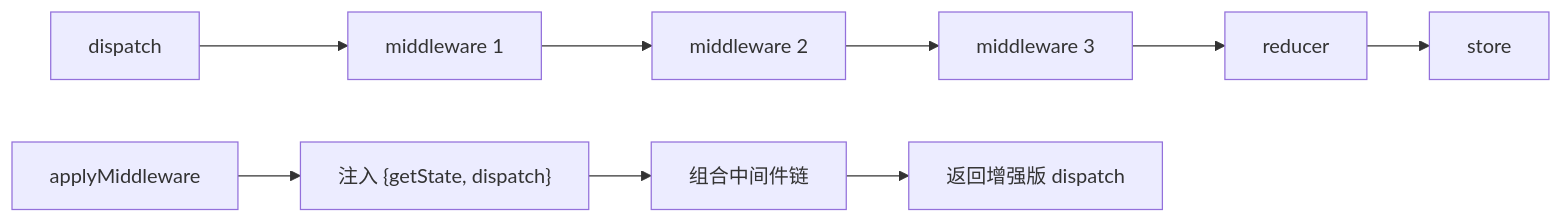
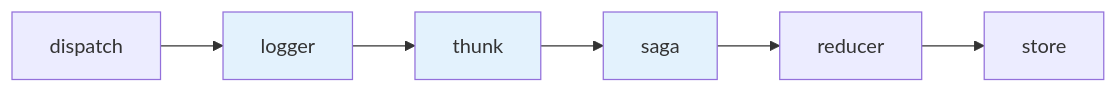
One commit to KMaybe01/common changed diagram 21 of 29 in S2-框架深入/02-React19.md. Above: the diagram before and after it, drawn with Mermaid. The commit also changed other lines of this file and 7 other files, not shown here.

````diff
--- a/S2-框架深入/02-React19.md
+++ b/S2-框架深入/02-React19.md
@@ -1330,12 +1549,11 @@
 ```mermaid
 flowchart LR
-    A["dispatch"] --> B["middleware 1"]
-    B --> C["middleware 2"]
-    C --> D["middleware 3"]
+    A["dispatch"] --> B["logger"]
+    B --> C["thunk"]
+    C --> D["saga"]
     D --> E["reducer"]
     E --> F["store"]
-
-    M["applyMiddleware"] --> M1["注入 {getState, dispatch}"]
-    M1 --> M2["组合中间件链"]
-    M2 --> M3["返回增强版 dispatch"]
+    style B fill:#e3f2fd
+    style C fill:#e3f2fd
+    style D fill:#e3f2fd
 ```
````
